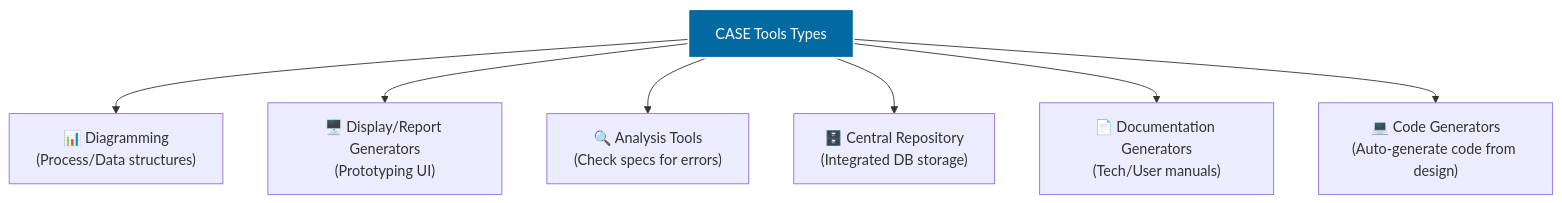
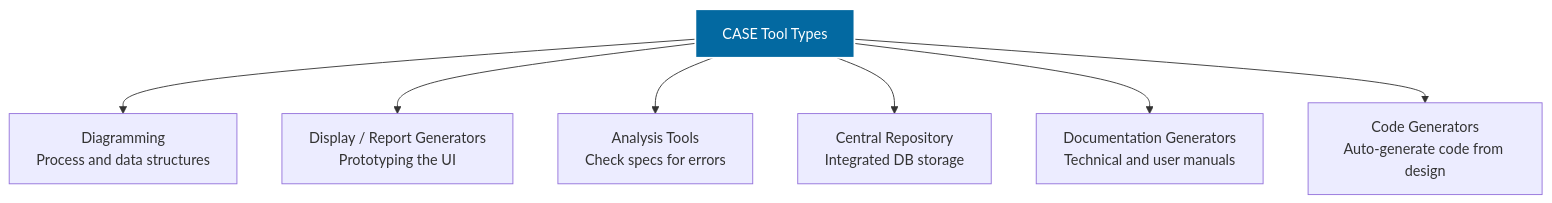
The seventh of 8 diagrams in Lec 1.md (Hager-ali191/SAAD), drawn with Mermaid before and after one commit. The commit also changed other lines of this file, not shown here.

````diff
--- a/Lec 1.md
+++ b/Lec 1.md
@@ -128,11 +173,11 @@
 ```mermaid
 graph TD
     classDef case fill:#0369a1,stroke:#fff,stroke-width:2px,color:#fff;
-    
-    CT[CASE Tools Types]:::case --> D1["📊 Diagramming<br/>(Process/Data structures)"]
-    CT --> D2["🖥️ Display/Report Generators<br/>(Prototyping UI)"]
-    CT --> D3["🔍 Analysis Tools<br/>(Check specs for errors)"]
-    CT --> D4["🗄️ Central Repository<br/>(Integrated DB storage)"]
-    CT --> D5["📄 Documentation Generators<br/>(Tech/User manuals)"]
-    CT --> D6["💻 Code Generators<br/>(Auto-generate code from design)"]
+
+    CT[CASE Tool Types]:::case --> D1["Diagramming<br/>Process and data structures"]
+    CT --> D2["Display / Report Generators<br/>Prototyping the UI"]
+    CT --> D3["Analysis Tools<br/>Check specs for errors"]
+    CT --> D4["Central Repository<br/>Integrated DB storage"]
+    CT --> D5["Documentation Generators<br/>Technical and user manuals"]
+    CT --> D6["Code Generators<br/>Auto-generate code from design"]
 ```
````
